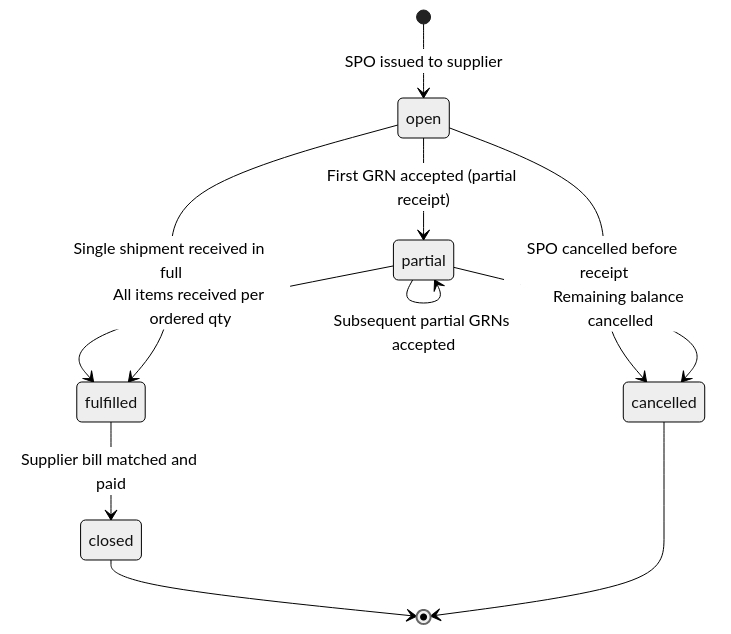
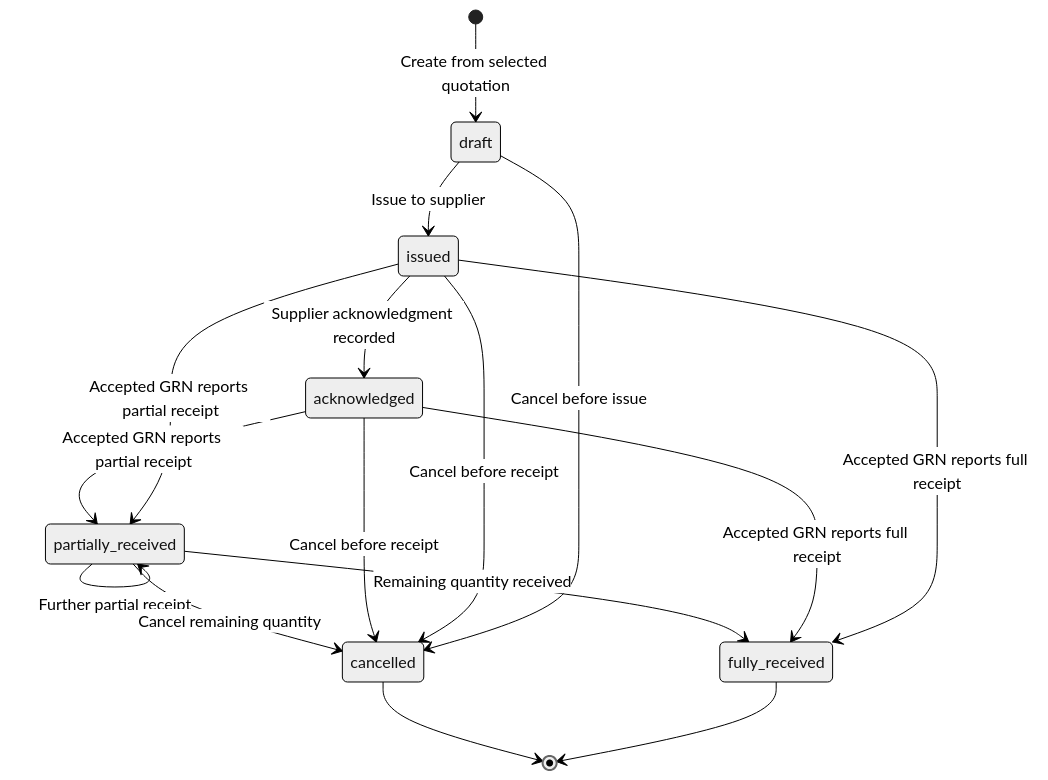
Before and after one commit to ranjithkodakandlaboss/boss: the eighth of 11 diagrams in BOSS_PRD_AND_BACKLOG_v1.1.3/06_DATA_MODEL/state-machines.md, drawn with Mermaid (neutral theme). The commit also changed other lines of this file and 6 other files, not shown here.

Commit message:
Reconcile supplier quotation and SPO lifecycles

````diff
--- a/BOSS_PRD_AND_BACKLOG_v1.1.3/06_DATA_MODEL/state-machines.md
+++ b/BOSS_PRD_AND_BACKLOG_v1.1.3/06_DATA_MODEL/state-machines.md
@@ -182,13 +209,18 @@
 ```mermaid
 stateDiagram-v2
-    [*] --> open: SPO issued to supplier
-    open --> partial: First GRN accepted (partial receipt)
-    partial --> partial: Subsequent partial GRNs accepted
-    partial --> fulfilled: All items received per ordered qty
-    open --> fulfilled: Single shipment received in full
-    fulfilled --> closed: Supplier bill matched and paid
-    open --> cancelled: SPO cancelled before receipt
-    partial --> cancelled: Remaining balance cancelled
-    closed --> [*]
+    [*] --> draft: Create from selected quotation
+    draft --> issued: Issue to supplier
+    draft --> cancelled: Cancel before issue
+    issued --> acknowledged: Supplier acknowledgment recorded
+    issued --> partially_received: Accepted GRN reports partial receipt
+    issued --> fully_received: Accepted GRN reports full receipt
+    acknowledged --> partially_received: Accepted GRN reports partial receipt
+    acknowledged --> fully_received: Accepted GRN reports full receipt
+    partially_received --> partially_received: Further partial receipt
+    partially_received --> fully_received: Remaining quantity received
+    issued --> cancelled: Cancel before receipt
+    acknowledged --> cancelled: Cancel before receipt
+    partially_received --> cancelled: Cancel remaining quantity
+    fully_received --> [*]
     cancelled --> [*]
 ```
````
